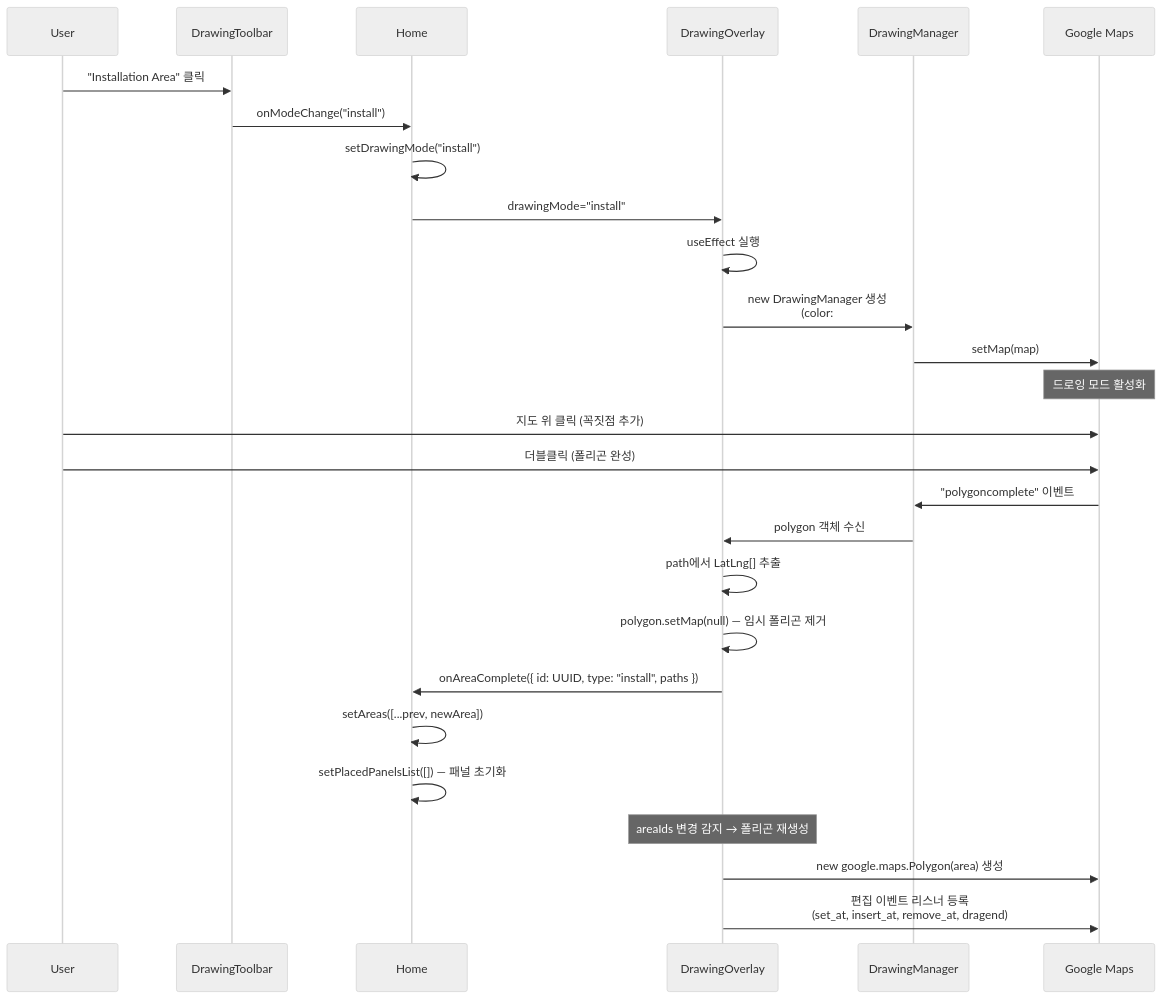
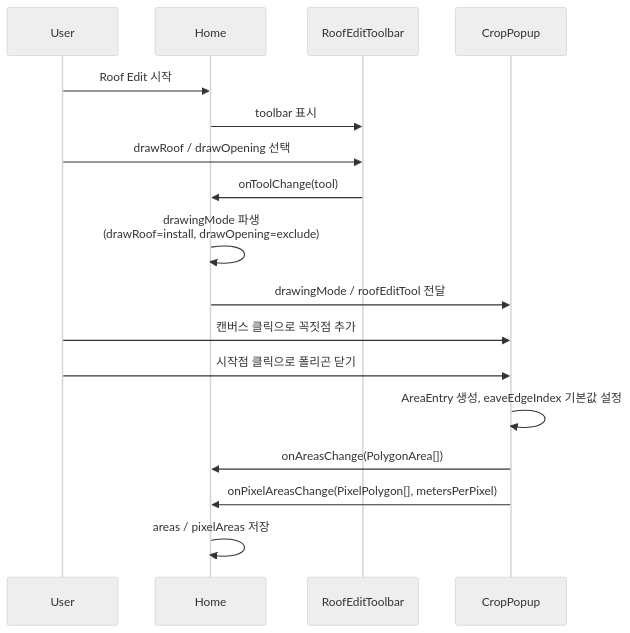
One commit to nalpari/solar-pv-system changed the fourth of 7 diagrams in docs/sequence-diagrams.md. Above: the diagram before and after it, drawn with Mermaid (neutral theme). The commit also changed other lines of this file and 7 other files, not shown here.

````diff
--- a/docs/sequence-diagrams.md
+++ b/docs/sequence-diagrams.md
@@ -61,33 +80,20 @@
 ```mermaid
 sequenceDiagram
     participant U as User
-    participant DT as DrawingToolbar
     participant H as Home
-    participant DO as DrawingOverlay
-    participant DM as DrawingManager
-    participant GM as Google Maps
+    participant RT as RoofEditToolbar
+    participant CP as CropPopup
 
-    U->>DT: "Installation Area" 클릭
-    DT->>H: onModeChange("install")
-    H->>H: setDrawingMode("install")
-    H->>DO: drawingMode="install"
-
-    DO->>DO: useEffect 실행
-    DO->>DM: new DrawingManager 생성<br/>(color: #0693E3, editable, draggable)
-    DM->>GM: setMap(map)
-    Note over GM: 드로잉 모드 활성화
-
-    U->>GM: 지도 위 클릭 (꼭짓점 추가)
-    U->>GM: 더블클릭 (폴리곤 완성)
-    GM->>DM: "polygoncomplete" 이벤트
-    DM->>DO: polygon 객체 수신
-    DO->>DO: path에서 LatLng[] 추출
-    DO->>DO: polygon.setMap(null) — 임시 폴리곤 제거
-    DO->>H: onAreaComplete({ id: UUID, type: "install", paths })
-    H->>H: setAreas([...prev, newArea])
-    H->>H: setPlacedPanelsList([]) — 패널 초기화
-
-    Note over DO: areaIds 변경 감지 → 폴리곤 재생성
-    DO->>GM: new google.maps.Polygon(area) 생성
-    DO->>GM: 편집 이벤트 리스너 등록<br/>(set_at, insert_at, remove_at, dragend)
+    U->>H: Roof Edit 시작
+    H->>RT: toolbar 표시
+    U->>RT: drawRoof / drawOpening 선택
+    RT->>H: onToolChange(tool)
+    H->>H: drawingMode 파생<br/>(drawRoof=install, drawOpening=exclude)
+    H->>CP: drawingMode / roofEditTool 전달
+    U->>CP: 캔버스 클릭으로 꼭짓점 추가
+    U->>CP: 시작점 클릭으로 폴리곤 닫기
+    CP->>CP: AreaEntry 생성, eaveEdgeIndex 기본값 설정
+    CP->>H: onAreasChange(PolygonArea[])
+    CP->>H: onPixelAreasChange(PixelPolygon[], metersPerPixel)
+    H->>H: areas / pixelAreas 저장
 ```
````
